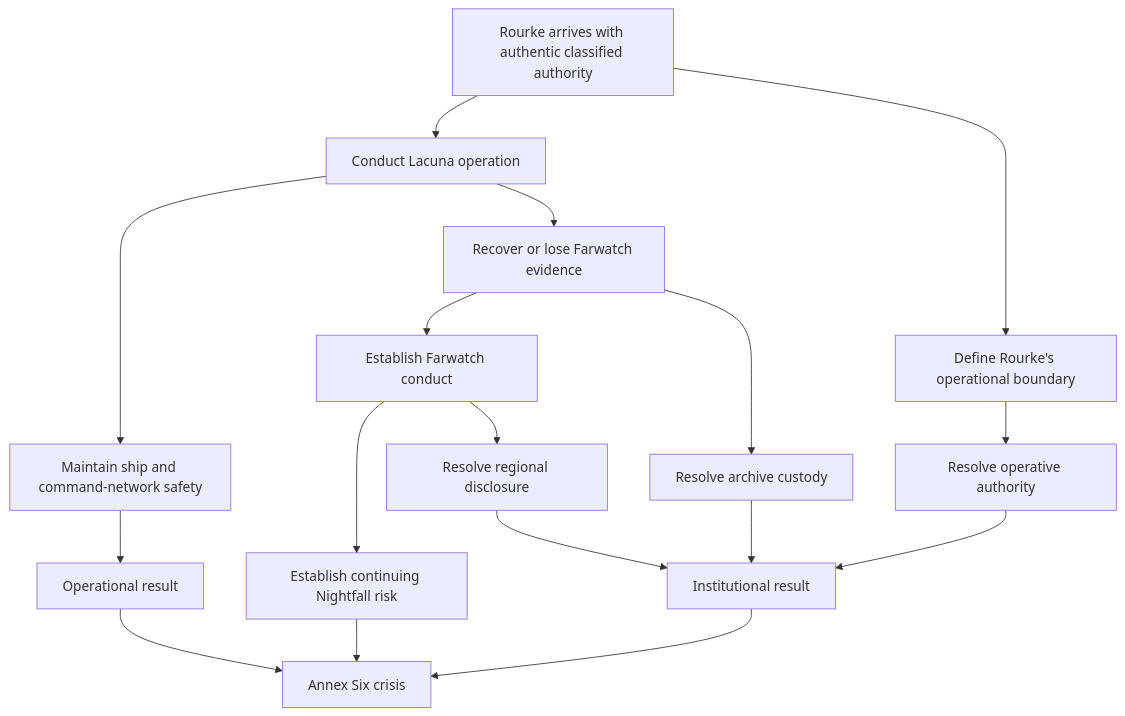
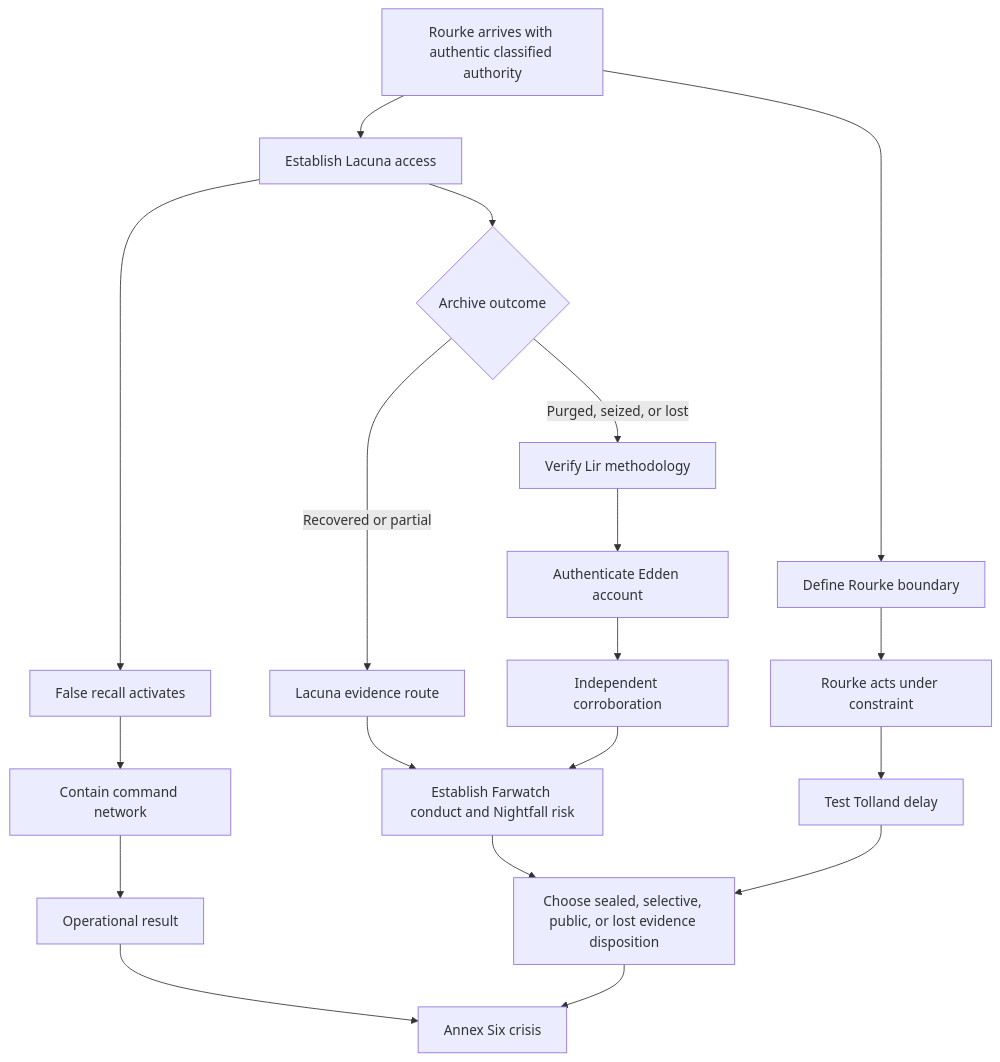
Before and after one commit to MentallyQuill/Directive: the tenth of 14 diagrams in docs/authoring/ASHES_OF_PEACE_ENRICHMENT.md, drawn with Mermaid. The commit also changed other lines of this file and 4 other files, not shown here.

````diff
--- a/docs/authoring/ASHES_OF_PEACE_ENRICHMENT.md
+++ b/docs/authoring/ASHES_OF_PEACE_ENRICHMENT.md
@@ -499,19 +499,21 @@
 ```mermaid
 flowchart TD
-    A[Rourke arrives with authentic classified authority] --> B[Conduct Lacuna operation]
-    A --> C[Define Rourke's operational boundary]
-    B --> D[Maintain ship and command-network safety]
-    B --> E[Recover or lose Farwatch evidence]
-    E --> F[Establish Farwatch conduct]
-    F --> G[Establish continuing Nightfall risk]
-    C --> H[Resolve operative authority]
-    E --> I[Resolve archive custody]
-    F --> J[Resolve regional disclosure]
-    D --> K[Operational result]
-    H --> L[Institutional result]
-    I --> L
-    J --> L
-    G --> M[Annex Six crisis]
-    K --> M
-    L --> M
+    A[Rourke arrives with authentic classified authority] --> B[Establish Lacuna access]
+    A --> C[Define Rourke boundary]
+    B --> D[False recall activates]
+    D --> E[Contain command network]
+    B --> F{Archive outcome}
+    F -->|Recovered or partial| G[Lacuna evidence route]
+    F -->|Purged, seized, or lost| H[Verify Lir methodology]
+    H --> I[Authenticate Edden account]
+    I --> J[Independent corroboration]
+    C --> K[Rourke acts under constraint]
+    K --> L[Test Tolland delay]
+    G --> M[Establish Farwatch conduct and Nightfall risk]
+    J --> M
+    E --> N[Operational result]
+    L --> O[Choose sealed, selective, public, or lost evidence disposition]
+    M --> O
+    N --> P[Annex Six crisis]
+    O --> P
 ```
````
